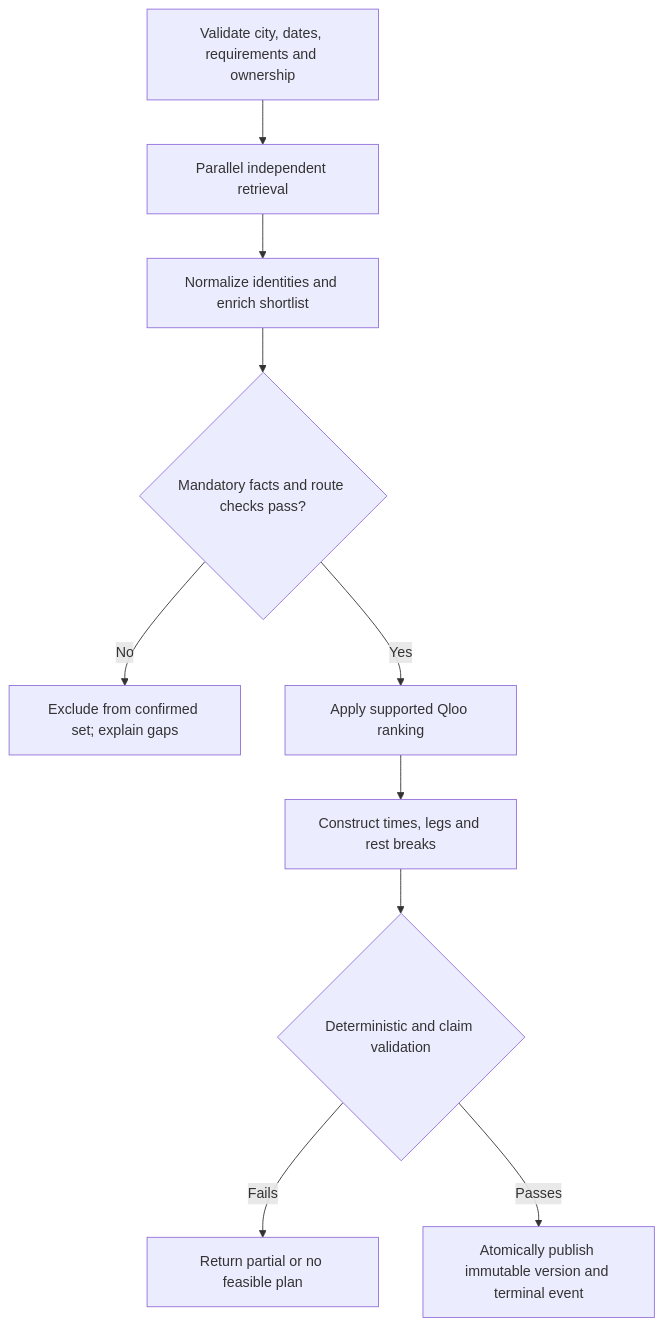
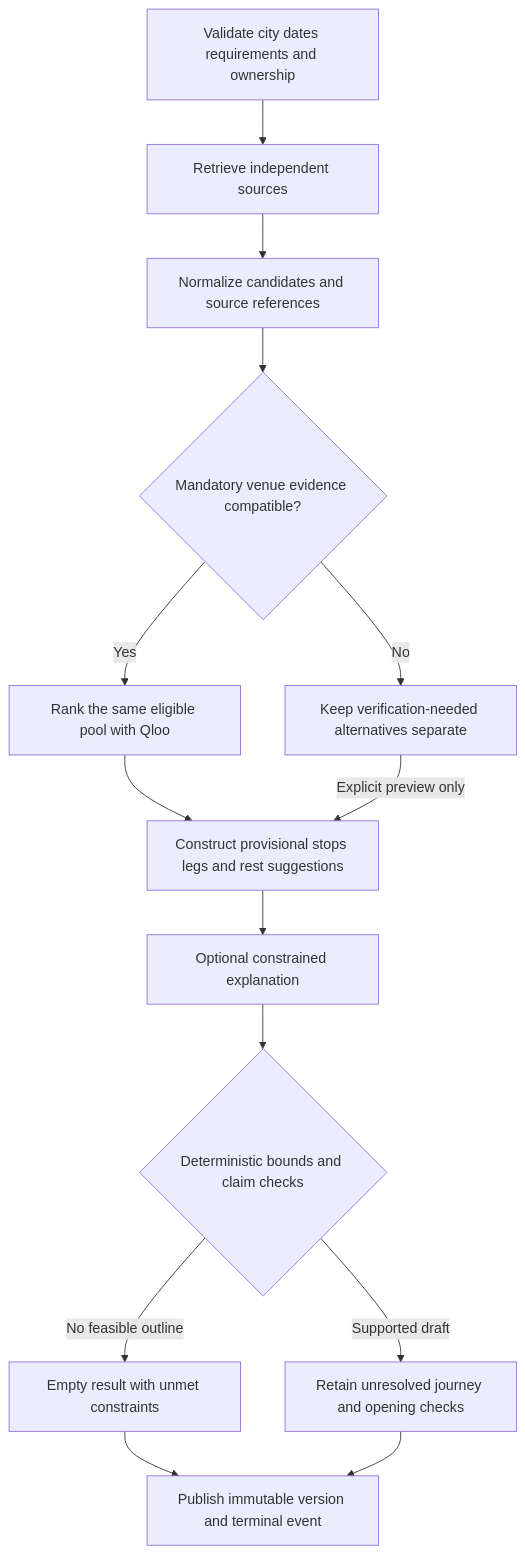
One commit to saimaharana4/accesslife-ai changed the second of 2 diagrams in ai/Architecture.md. Above: the diagram before and after it, drawn with Mermaid. The commit also changed other lines of this file and 88 other files, not shown here.

Commit message:
Build five-city evidence-led planner and managed GCP runtime

````diff
--- a/ai/Architecture.md
+++ b/ai/Architecture.md
@@ -210,12 +222,16 @@
 ```mermaid
 flowchart TD
-    Intake[Validate city, dates, requirements and ownership] --> Gather[Parallel independent retrieval]
-    Gather --> Normalize[Normalize identities and enrich shortlist]
-    Normalize --> Gate{Mandatory facts and route checks pass?}
-    Gate -->|No| Unknown[Exclude from confirmed set; explain gaps]
-    Gate -->|Yes| Taste[Apply supported Qloo ranking]
-    Taste --> Construct[Construct times, legs and rest breaks]
-    Construct --> Verify{Deterministic and claim validation}
-    Verify -->|Fails| Incomplete[Return partial or no feasible plan]
-    Verify -->|Passes| Publish[Atomically publish immutable version and terminal event]
+    Intake[Validate city dates requirements and ownership] --> Gather[Retrieve independent sources]
+    Gather --> Normalize[Normalize candidates and source references]
+    Normalize --> Gate{Mandatory venue evidence compatible?}
+    Gate -->|Yes| Taste[Rank the same eligible pool with Qloo]
+    Gate -->|No| Unknown[Keep verification-needed alternatives separate]
+    Taste --> Construct[Construct provisional stops legs and rest suggestions]
+    Unknown -->|Explicit preview only| Construct
+    Construct --> Explain[Optional constrained explanation]
+    Explain --> Check{Deterministic bounds and claim checks}
+    Check -->|No feasible outline| Empty[Empty result with unmet constraints]
+    Check -->|Supported draft| Draft[Retain unresolved journey and opening checks]
+    Empty --> Publish[Publish immutable version and terminal event]
+    Draft --> Publish
 ```
````
